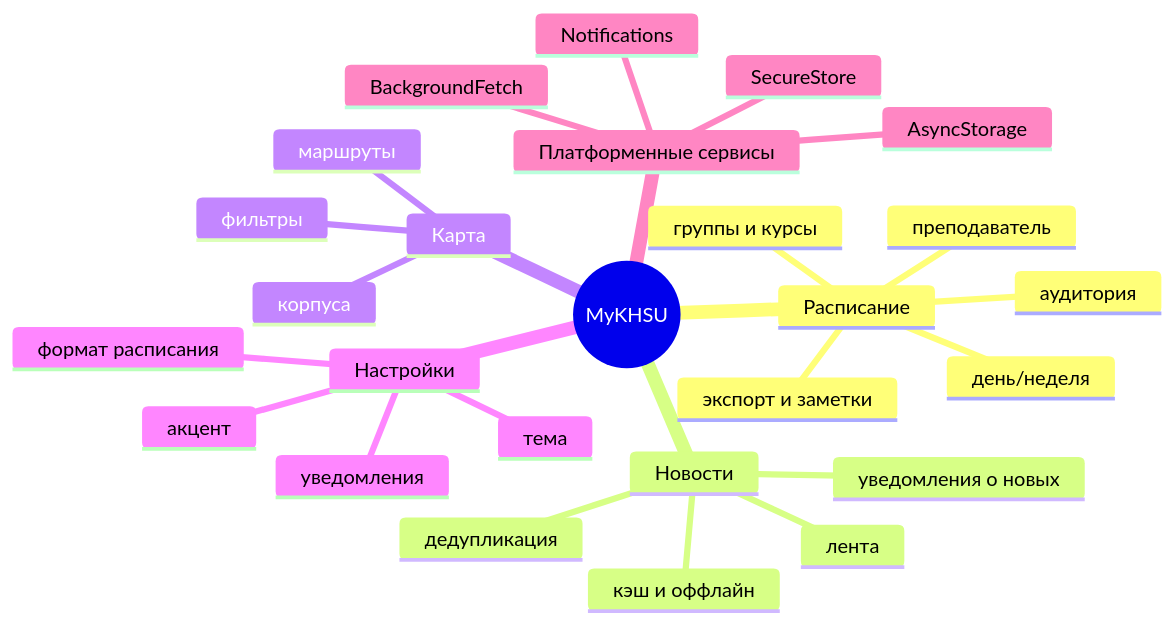
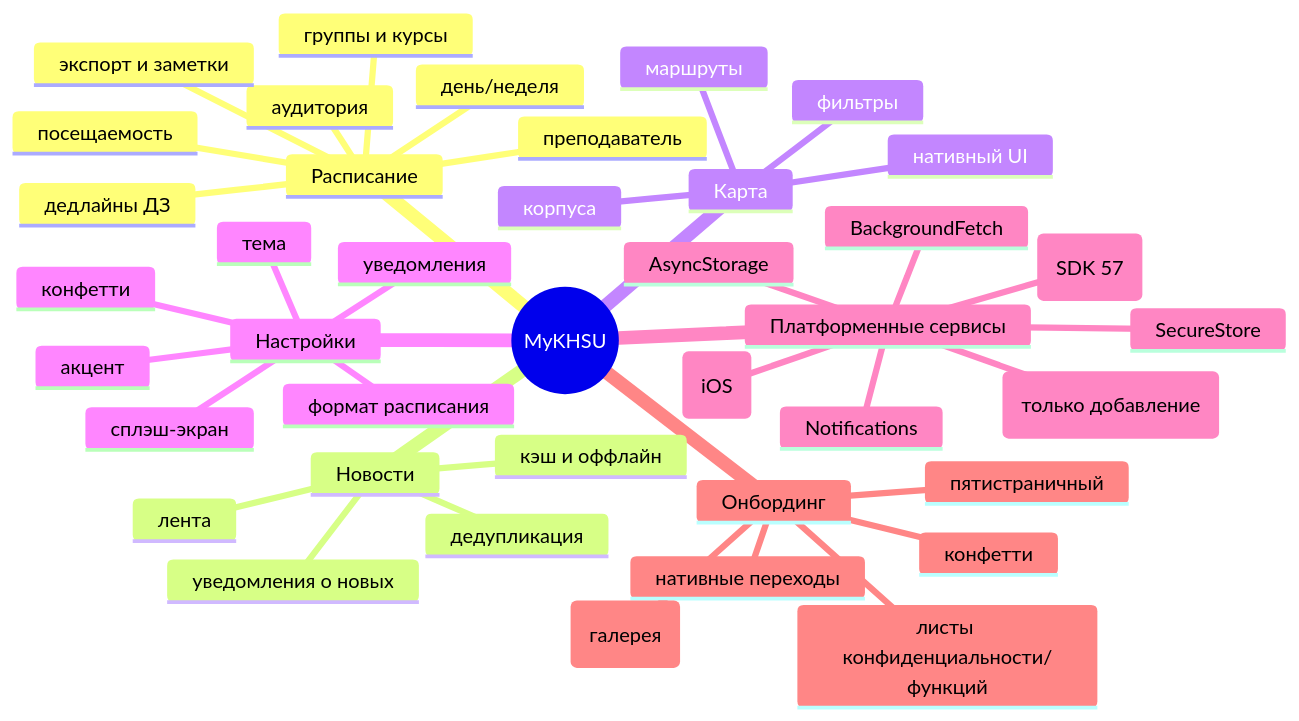
Before and after one commit to PRO100BYTE/MyKHSU: the fourth of 5 diagrams in docs/diagrams.md, drawn with Mermaid. The commit also changed other lines of this file and 34 other files, not shown here.

````diff
--- a/docs/diagrams.md
+++ b/docs/diagrams.md
@@ -98,29 +116,43 @@
 ```mermaid
 mindmap
   root((MyKHSU))
     Расписание
       группы и курсы
       день/неделя
       преподаватель
       аудитория
       экспорт и заметки
+      дедлайны ДЗ
+      посещаемость
     Новости
       лента
       дедупликация
       кэш и оффлайн
       уведомления о новых
     Карта
       корпуса
       фильтры
       маршруты
+      нативный UI
     Настройки
       тема
       акцент
       уведомления
       формат расписания
+      сплэш-экран
+      конфетти
     Платформенные сервисы
       SecureStore
       AsyncStorage
       Notifications
       BackgroundFetch
+      Calendar (SDK 57)
+      MediaLibrary (только добавление)
+      Liquid Glass (iOS)
+    Онбординг
+      пятистраничный
+      нативные переходы
+      конфетти
+      разрешения (галерея)
+      листы конфиденциальности/функций
 ```
````
